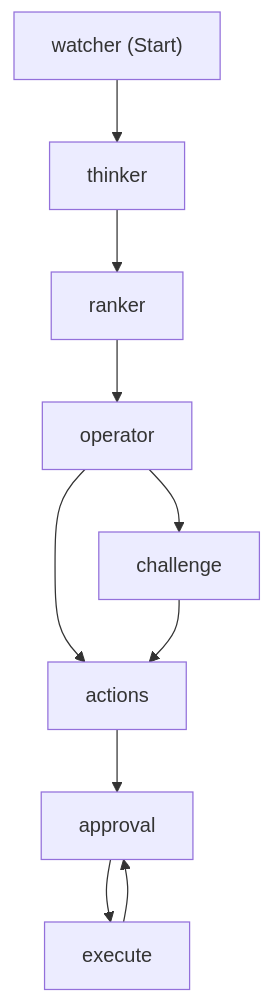
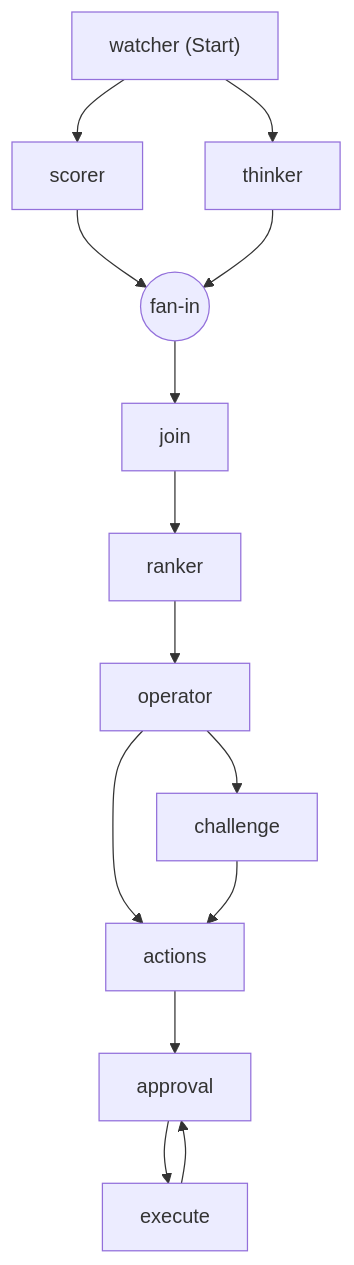
Before and after one commit to allandecastro/dataverse-agent-framework-sales: the diagram in docs/workflow-graph.md, drawn with Mermaid. The commit also changed other lines of this file and 6 other files, not shown here.

````diff
--- a/docs/workflow-graph.md
+++ b/docs/workflow-graph.md
@@ -13,20 +14,28 @@
 ```mermaid
 flowchart TD
   watcher["watcher (Start)"];
   thinker["thinker"];
+  scorer["scorer"];
+  join["join"];
   ranker["ranker"];
   operator["operator"];
   challenge["challenge"];
   actions["actions"];
   approval["approval"];
   execute["execute"];
+
+  fan_in_join((fan-in))
+  scorer --> fan_in_join;
+  thinker --> fan_in_join;
+  fan_in_join --> join;
   watcher --> thinker;
-  thinker --> ranker;
+  watcher --> scorer;
+  join --> ranker;
   ranker --> operator;
   operator --> challenge;
   operator --> actions;
   challenge --> actions;
   actions --> approval;
   approval --> execute;
   execute --> approval;
 ```
````
